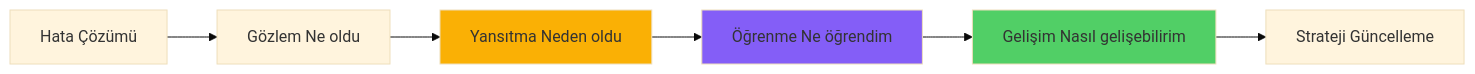
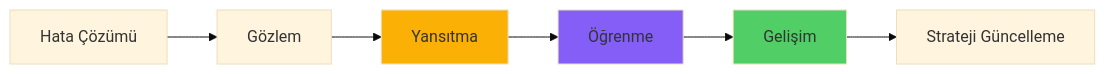
The third of 3 diagrams in README.md (mmsuerkan/kubernetes-thesis), drawn with Mermaid (base theme) before and after one commit. The commit also changed other lines of this file, not shown here.

First line of the commit message:
fix: Simplify Mermaid diagrams to prevent markdown parsing errors

````diff
--- a/README.md
+++ b/README.md
@@ -153,12 +106,12 @@
 ```mermaid
 graph LR
-    A[Hata Çözümü] --> B[Gözlem Ne oldu]
-    B --> C[Yansıtma Neden oldu]
-    C --> D[Öğrenme Ne öğrendim]
-    D --> E[Gelişim Nasıl gelişebilirim]
+    A[Hata Çözümü] --> B[Gözlem]
+    B --> C[Yansıtma]
+    C --> D[Öğrenme]
+    D --> E[Gelişim]
     E --> F[Strateji Güncelleme]
     
     style C fill:#fab005
     style D fill:#845ef7
     style E fill:#51cf66
 ```
````
